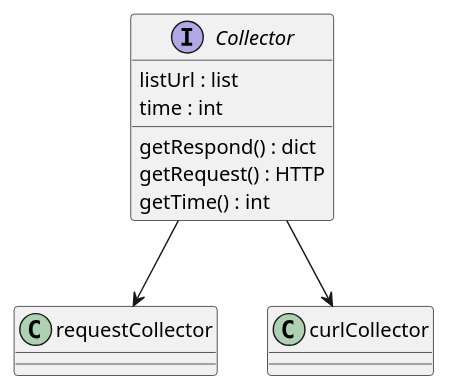
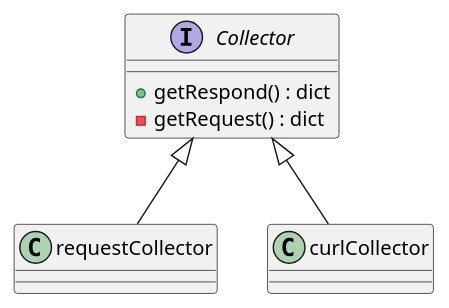
The diagram in sprint0/collector/ClassDiagramCollector.puml (ESIR2-PROJET-KEOLIS/design), drawn with PlantUML before and after one commit.

```diff
--- a/sprint0/collector/ClassDiagramCollector.puml
+++ b/sprint0/collector/ClassDiagramCollector.puml
@@ -1,14 +1,11 @@
 @startuml ClassDiagramCollector
 
 interface Collector {
-    listUrl : list
-    time : int
-    getRespond() : dict
-    getRequest() : HTTP
-    getTime() : int
+    +getRespond() : dict
+    -getRequest() : dict
 }
 class requestCollector{}
 
-Collector --> requestCollector
-Collector --> curlCollector
+Collector <|-- requestCollector
+Collector <|-- curlCollector
 @enduml
```
